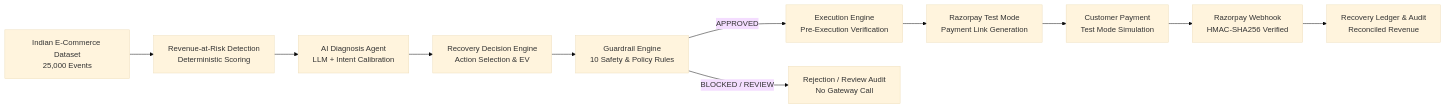
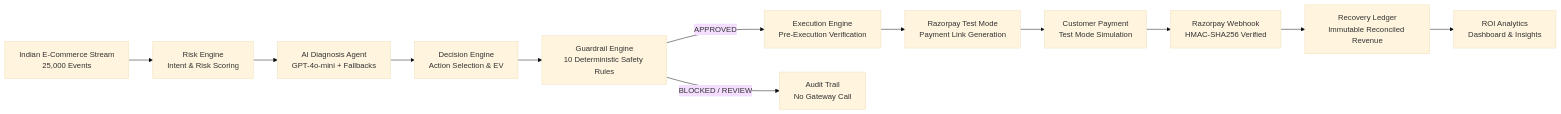
Before and after one commit to LakshGarg17/RecoverAI: the diagram in README.md, drawn with Mermaid (base theme). The commit also changed other lines of this file, not shown here.

````diff
--- a/README.md
+++ b/README.md
@@ -20,13 +79,14 @@
 ```mermaid
 flowchart LR
-    A[Indian E-Commerce Dataset<br/>25,000 Events] --> B[Revenue-at-Risk Detection<br/>Deterministic Scoring]
-    B --> C[AI Diagnosis Agent<br/>LLM + Intent Calibration]
-    C --> D[Recovery Decision Engine<br/>Action Selection & EV]
-    D --> E[Guardrail Engine<br/>10 Safety & Policy Rules]
+    A[Indian E-Commerce Stream<br/>25,000 Events] --> B[Risk Engine<br/>Intent & Risk Scoring]
+    B --> C[AI Diagnosis Agent<br/>GPT-4o-mini + Fallbacks]
+    C --> D[Decision Engine<br/>Action Selection & EV]
+    D --> E[Guardrail Engine<br/>10 Deterministic Safety Rules]
     E -->|APPROVED| F[Execution Engine<br/>Pre-Execution Verification]
-    E -->|BLOCKED / REVIEW| G[Rejection / Review Audit<br/>No Gateway Call]
+    E -->|BLOCKED / REVIEW| G[Audit Trail<br/>No Gateway Call]
     F --> H[Razorpay Test Mode<br/>Payment Link Generation]
     H --> I[Customer Payment<br/>Test Mode Simulation]
     I --> J[Razorpay Webhook<br/>HMAC-SHA256 Verified]
-    J --> K[Recovery Ledger & Audit<br/>Reconciled Revenue]
+    J --> K[Recovery Ledger<br/>Immutable Reconciled Revenue]
+    K --> L[ROI Analytics<br/>Dashboard & Insights]
 ```
````
